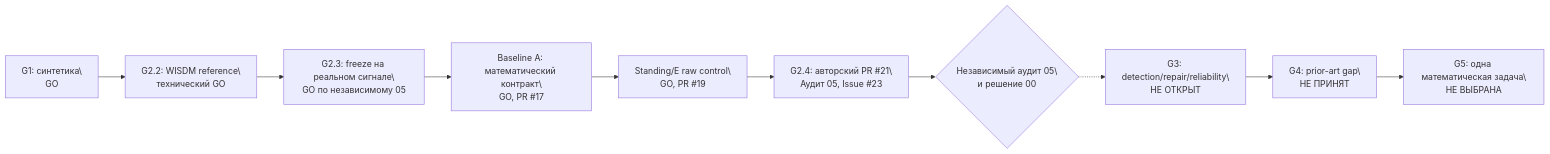
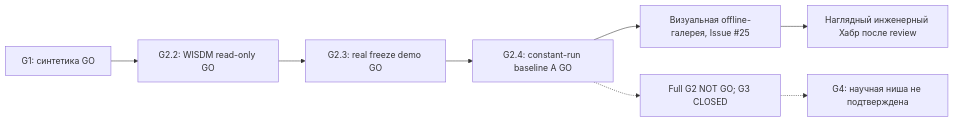
The diagram in ROADMAP.md (kr13t1/ts-reliability-lab), drawn with Mermaid before and after one commit. The commit also changed other lines of this file, not shown here.

Commit message:
docs(roadmap): mark audited G2.4 technical GO and visualization-only next Issue #25

````diff
--- a/ROADMAP.md
+++ b/ROADMAP.md
@@ -19,12 +19,10 @@
 ```mermaid
 flowchart LR
-  A["G1: синтетика\\nGO"] --> B["G2.2: WISDM reference\\nтехнический GO"]
-  B --> C["G2.3: freeze на реальном сигнале\\nGO по независимому 05"]
-  C --> G["Baseline A: математический контракт\\nGO, PR #17"]
-  G --> R["Standing/E raw control\\nGO, PR #19"]
-  R --> T["G2.4: авторский PR #21\\nАудит 05, Issue #23"]
-  T --> P{"Независимый аудит 05\\nи решение 00"}
-  P -.-> H["G3: detection/repair/reliability\\nНЕ ОТКРЫТ"]
-  H --> I["G4: prior-art gap\\nНЕ ПРИНЯТ"]
-  I --> J["G5: одна математическая задача\\nНЕ ВЫБРАНА"]
+  A["G1: синтетика GO"] --> B["G2.2: WISDM read-only GO"]
+  B --> C["G2.3: real freeze demo GO"]
+  C --> G["G2.4: constant-run baseline A GO"]
+  G --> V["Визуальная offline-галерея, Issue #25"]
+  V --> F["Наглядный инженерный Хабр после review"]
+  G -.-> H["Full G2 NOT GO; G3 CLOSED"]
+  H -.-> I["G4: научная ниша не подтверждена"]
 ```
````
